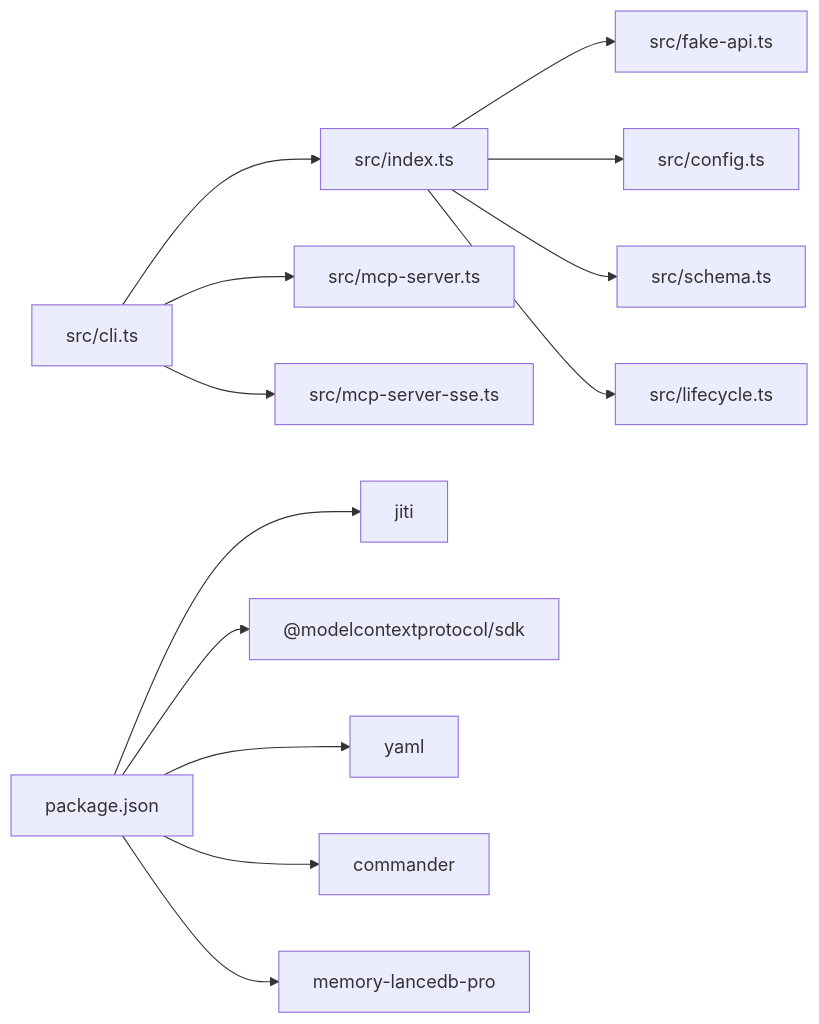
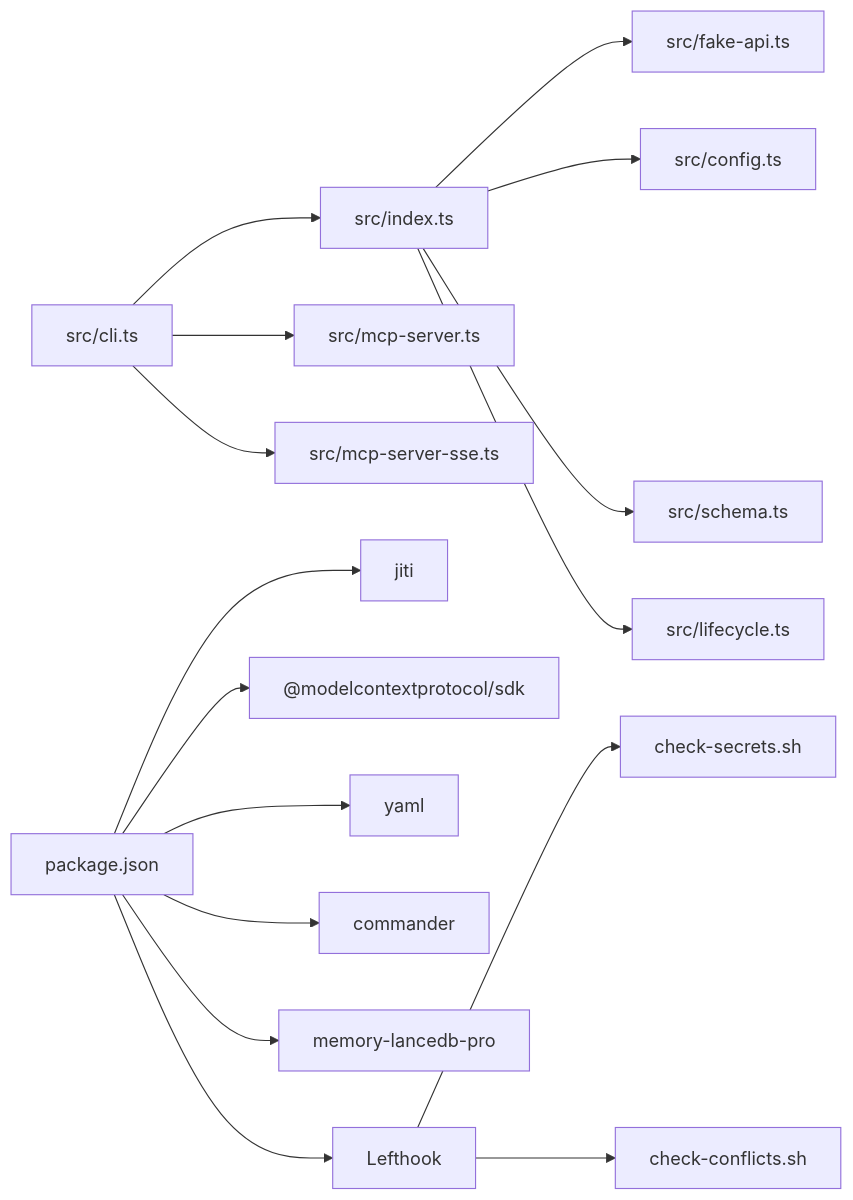
One commit to HACK-WU/memory-lancedb-mcp changed the seventh of 8 diagrams in .qoder/repowiki/zh/content/开发者指南/开发者指南.md. Above: the diagram before and after it, drawn with Mermaid. The commit also changed other lines of this file and 17 other files, not shown here.

````diff
--- a/.qoder/repowiki/zh/content/开发者指南/开发者指南.md
+++ b/.qoder/repowiki/zh/content/开发者指南/开发者指南.md
@@ -339,15 +375,18 @@
 ```mermaid
 graph LR
 IDX["src/index.ts"] --> FA["src/fake-api.ts"]
 IDX --> CFG["src/config.ts"]
 IDX --> SCH["src/schema.ts"]
 IDX --> LIF["src/lifecycle.ts"]
 CLI["src/cli.ts"] --> IDX
 CLI --> SRV["src/mcp-server.ts"]
 CLI --> SSE["src/mcp-server-sse.ts"]
 PKG["package.json"] --> JITI["jiti"]
 PKG --> SDK["@modelcontextprotocol/sdk"]
 PKG --> YAML["yaml"]
 PKG --> CMDR["commander"]
 PKG --> MPRO["memory-lancedb-pro"]
+PKG --> LHTH["Lefthook"]
+LHTH --> SECRETS["check-secrets.sh"]
+LHTH --> CONFLICTS["check-conflicts.sh"]
 ```
````
